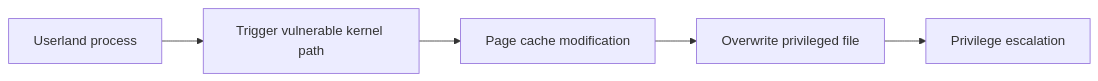
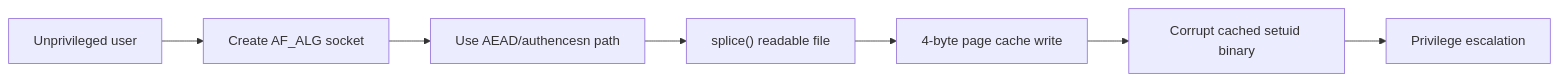
The first of 5 diagrams in cve/kernel/CVE-2026-31431.md (pullsec/hugo-content), drawn with Mermaid before and after one commit. The commit also changed other lines of this file and 1 other file, not shown here.

````diff
--- a/cve/kernel/CVE-2026-31431.md
+++ b/cve/kernel/CVE-2026-31431.md
@@ -55,8 +57,10 @@
 ```mermaid
 flowchart LR
-    A["Userland process"]
-        --> B["Trigger vulnerable kernel path"]
-        --> C["Page cache modification"]
-        --> D["Overwrite privileged file"]
-        --> E["Privilege escalation"]
+    A["Unprivileged user"]
+        --> B["Create AF_ALG socket"]
+        --> C["Use AEAD/authencesn path"]
+        --> D["splice() readable file"]
+        --> E["4-byte page cache write"]
+        --> F["Corrupt cached setuid binary"]
+        --> G["Privilege escalation"]
 ```
````
